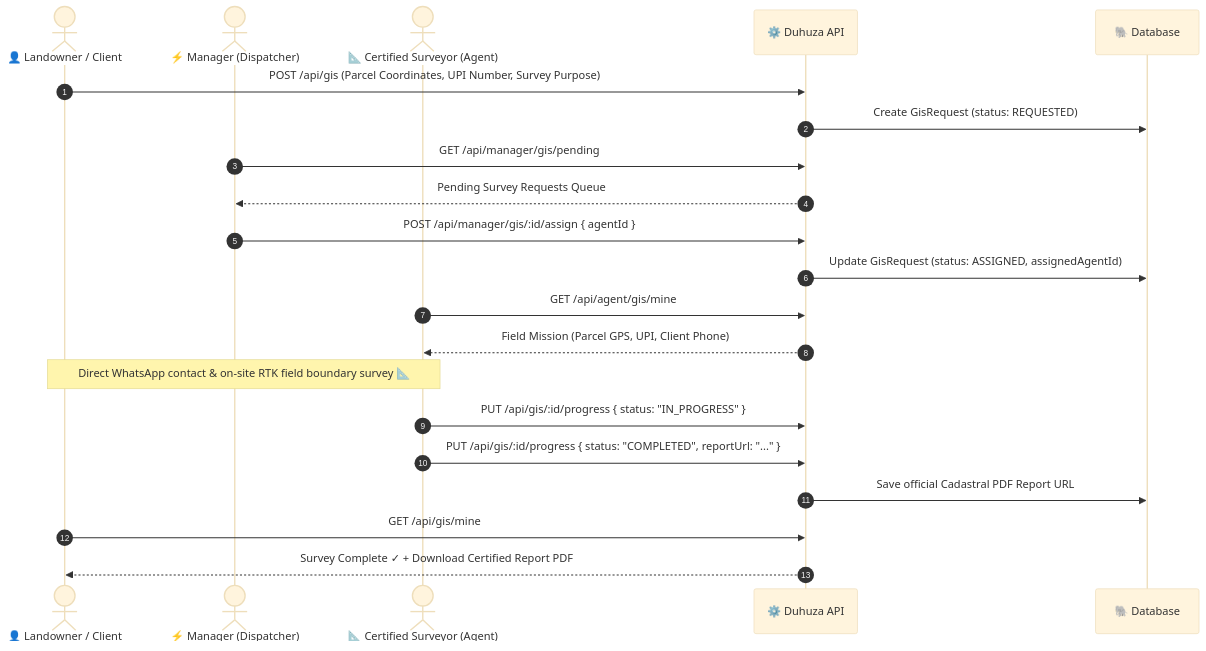
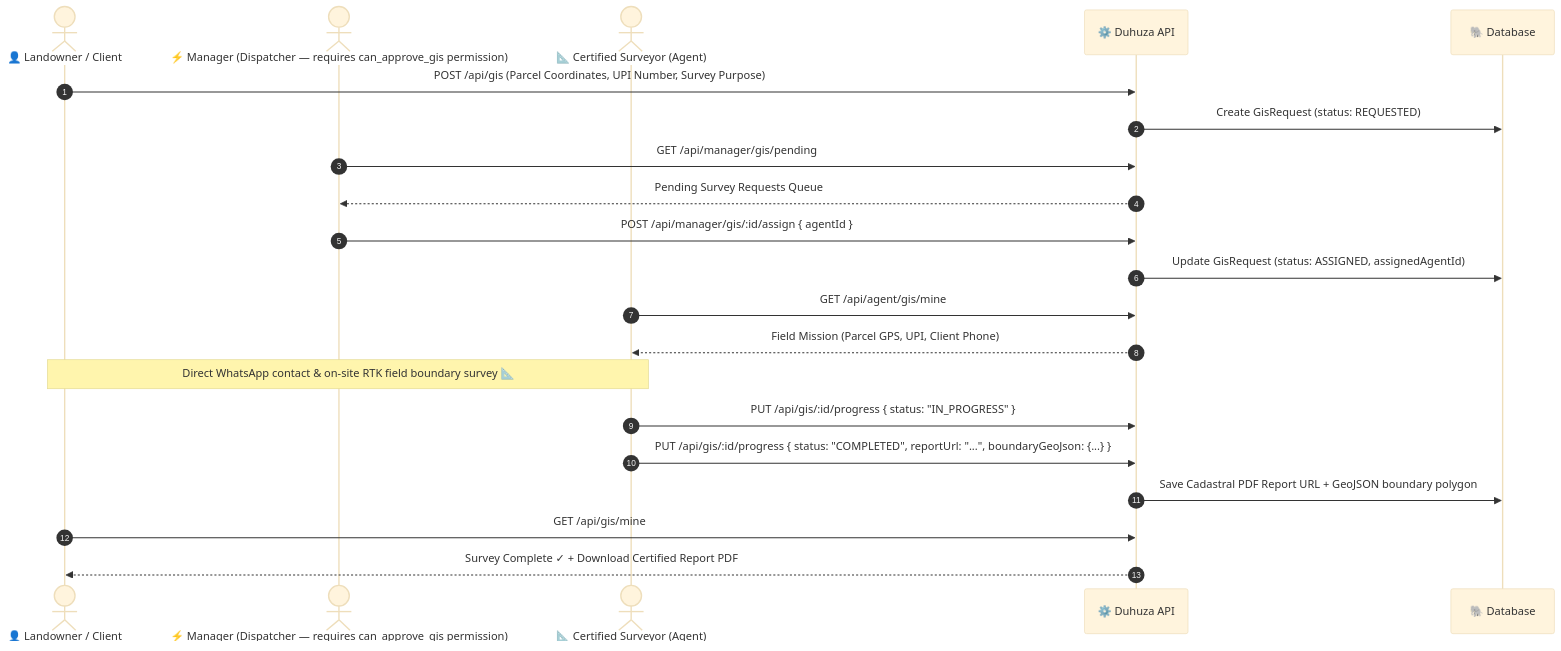
One commit to theophiledev/DUHUZA-GIS changed the sixth of 9 diagrams in docs/architecture_workflow_dataflow.md. Above: the diagram before and after it, drawn with Mermaid (base theme). The commit also changed other lines of this file and 43 other files, not shown here.

````diff
--- a/docs/architecture_workflow_dataflow.md
+++ b/docs/architecture_workflow_dataflow.md
@@ -157,30 +221,30 @@
 ```mermaid
 sequenceDiagram
     autonumber
     actor Client as 👤 Landowner / Client
-    actor Manager as ⚡ Manager (Dispatcher)
+    actor Manager as ⚡ Manager (Dispatcher — requires can_approve_gis permission)
     actor Surveyor as 📐 Certified Surveyor (Agent)
     participant API as ⚙️ Duhuza API
     participant DB as 🐘 Database
 
     Client->>API: POST /api/gis (Parcel Coordinates, UPI Number, Survey Purpose)
     API->>DB: Create GisRequest (status: REQUESTED)
     
     Manager->>API: GET /api/manager/gis/pending
     API-->>Manager: Pending Survey Requests Queue
     
     Manager->>API: POST /api/manager/gis/:id/assign { agentId }
     API->>DB: Update GisRequest (status: ASSIGNED, assignedAgentId)
     
     Surveyor->>API: GET /api/agent/gis/mine
     API-->>Surveyor: Field Mission (Parcel GPS, UPI, Client Phone)
     
     Note over Surveyor,Client: Direct WhatsApp contact & on-site RTK field boundary survey 📐
     
     Surveyor->>API: PUT /api/gis/:id/progress { status: "IN_PROGRESS" }
-    Surveyor->>API: PUT /api/gis/:id/progress { status: "COMPLETED", reportUrl: "..." }
-    API->>DB: Save official Cadastral PDF Report URL
-    
+    Surveyor->>API: PUT /api/gis/:id/progress { status: "COMPLETED", reportUrl: "...", boundaryGeoJson: {...} }
+    API->>DB: Save Cadastral PDF Report URL + GeoJSON boundary polygon
+
     Client->>API: GET /api/gis/mine
     API-->>Client: Survey Complete ✓ + Download Certified Report PDF
 ```
````
